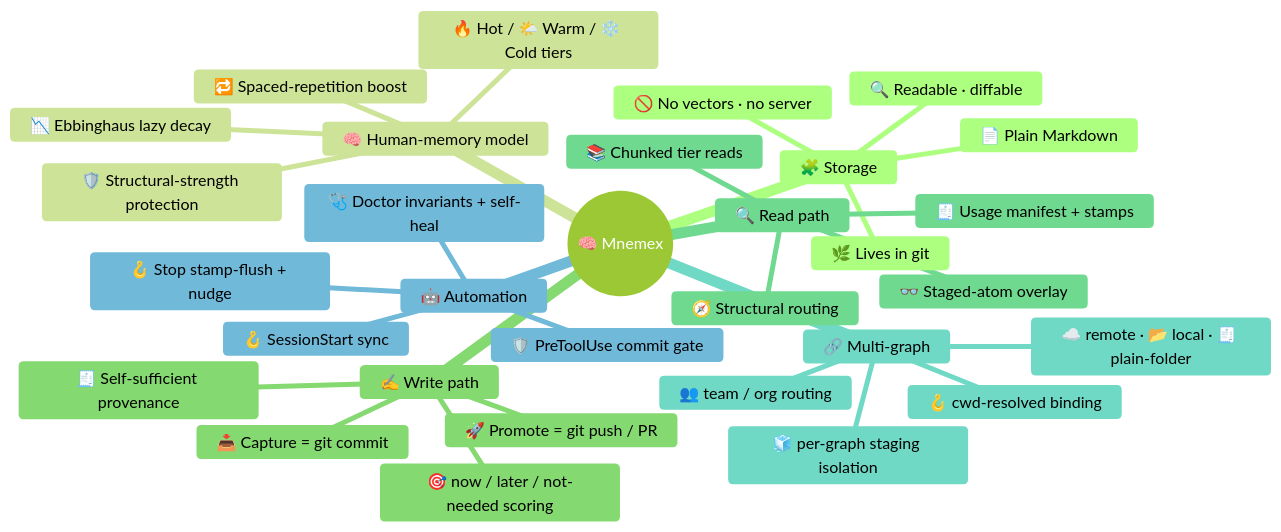
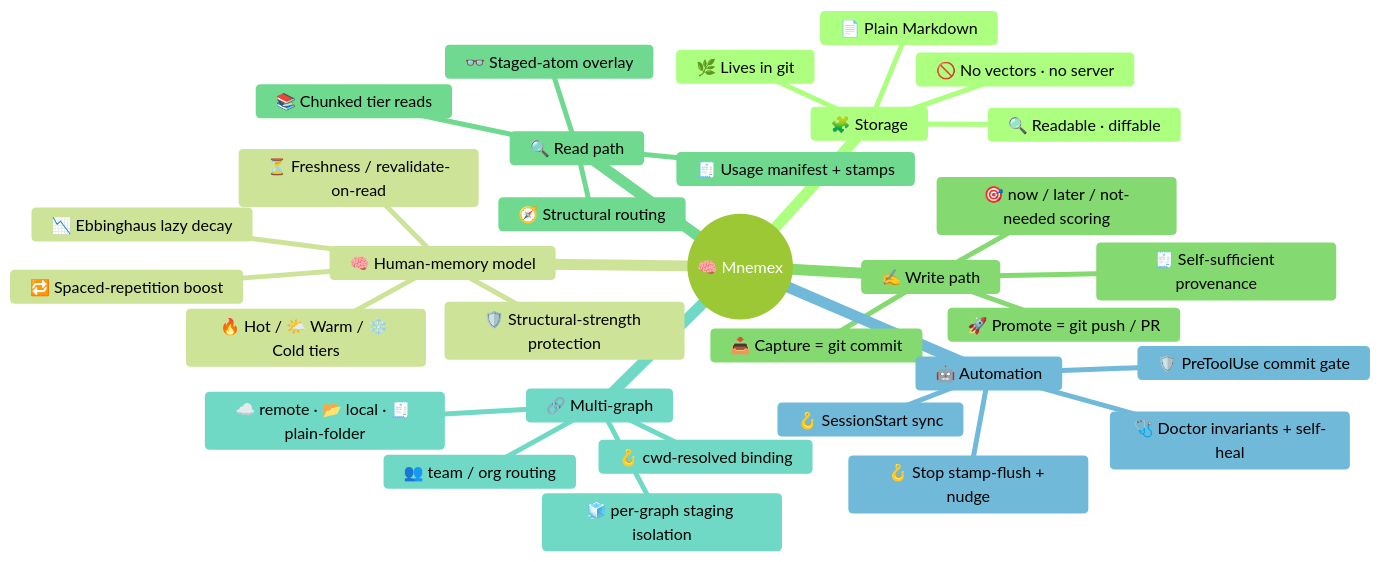
Before and after one commit to kritird/OpenMnemex: the first of 7 diagrams in FEATURES.md, drawn with Mermaid (forest theme). The commit also changed other lines of this file and 23 other files, not shown here.

````diff
--- a/FEATURES.md
+++ b/FEATURES.md
@@ -24,34 +26,35 @@
 ```mermaid
 mindmap
   root((🧠 Mnemex))
     🧩 Storage
       📄 Plain Markdown
       🌿 Lives in git
       🔍 Readable · diffable
       🚫 No vectors · no server
     🧠 Human-memory model
       🔥 Hot / 🌤️ Warm / ❄️ Cold tiers
       📉 Ebbinghaus lazy decay
       🔁 Spaced-repetition boost
       🛡️ Structural-strength protection
+      ⏳ Freshness / revalidate-on-read
     ✍️ Write path
       📥 Capture = git commit
       🚀 Promote = git push / PR
       🎯 now / later / not-needed scoring
       🧾 Self-sufficient provenance
     🔍 Read path
       🧭 Structural routing
       📚 Chunked tier reads
       👓 Staged-atom overlay
       🧾 Usage manifest + stamps
     🔗 Multi-graph
       🪝 cwd-resolved binding
       👥 team / org routing
       🧊 per-graph staging isolation
       ☁️ remote · 📂 local · 🧾 plain-folder
     🤖 Automation
       🪝 SessionStart sync
       🪝 Stop stamp-flush + nudge
       🛡️ PreToolUse commit gate
       🩺 Doctor invariants + self-heal
 ```
````
